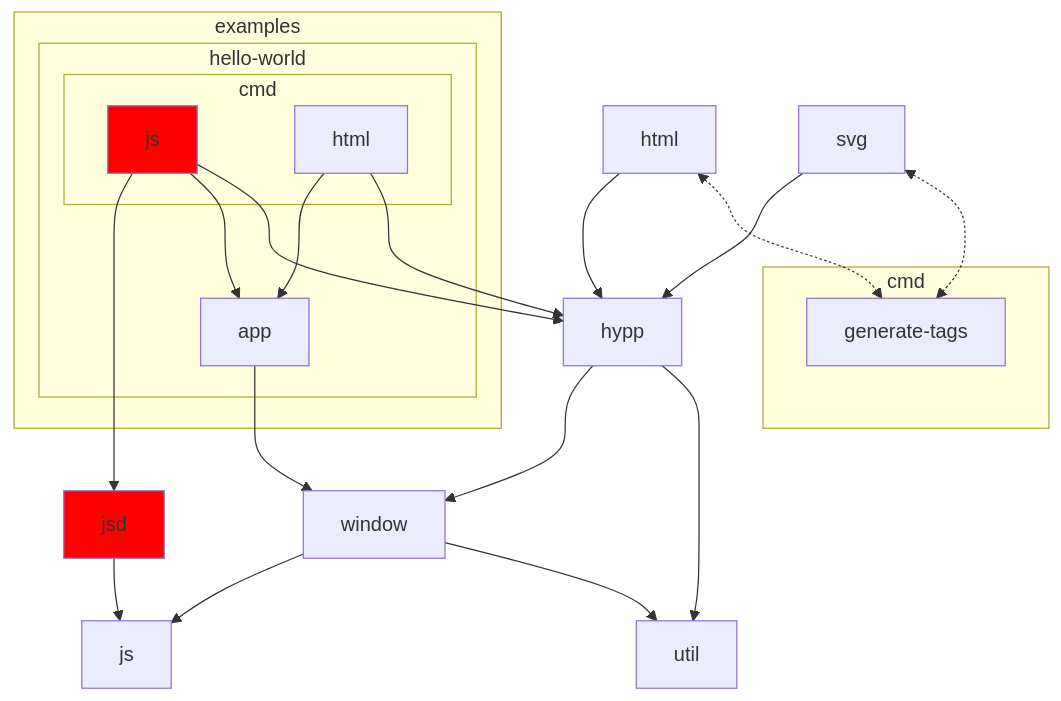
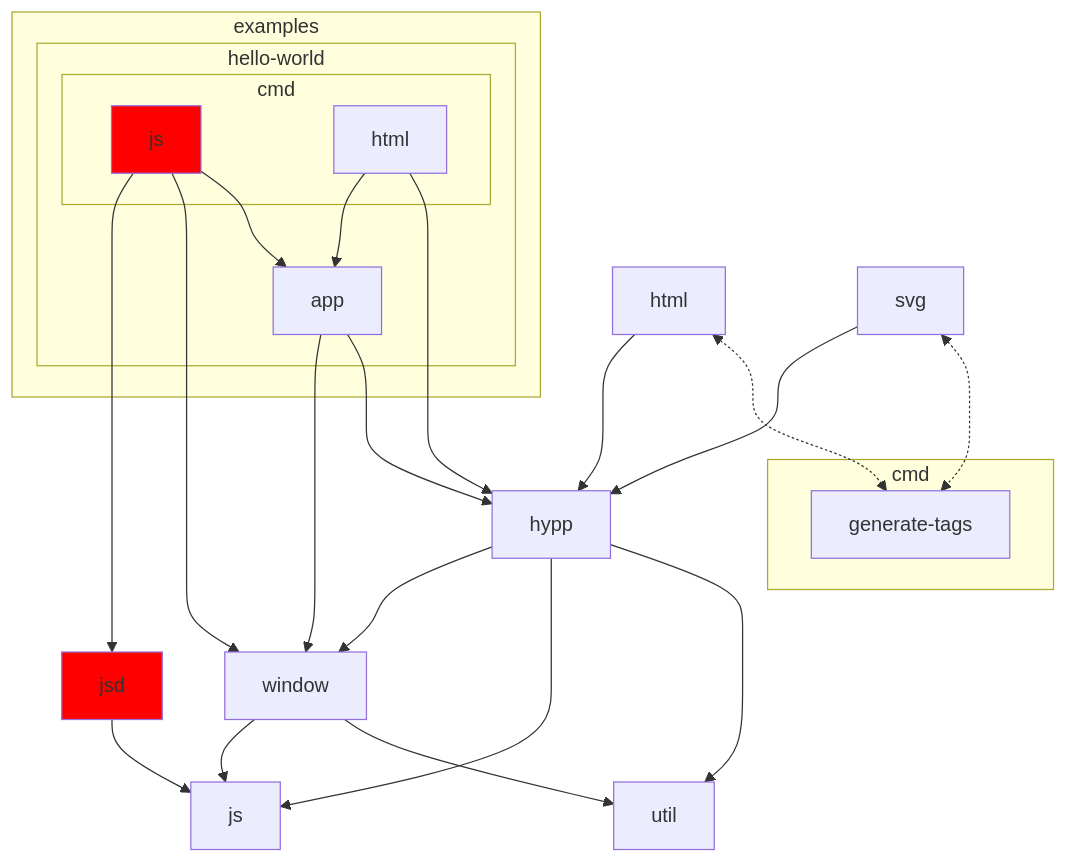
Before and after one commit to macabot/hypp: the second of 2 diagrams in README.md, drawn with Mermaid.

Commit message:
Update package dependency graph

````diff
--- a/README.md
+++ b/README.md
@@ -71,45 +71,47 @@
 ```mermaid
 flowchart TD
 
 hypp
 window
 util
 html
 svg
 js
 jsd
 
 subgraph cmd-dir["cmd"]
     cmd-generateTags["generate-tags"]
 end
 
 subgraph examples-dir["examples"]
     subgraph examples-hello-world-dir["hello-world"]
         examples-hello-world-app["app"]
         subgraph examples-hello-world-cmd-dir["cmd"]
             examples-hello-world-cmd-js["js"]
             examples-hello-world-cmd-html["html"]
         end
     end
 end
 
+examples-hello-world-app --> hypp
 examples-hello-world-app --> window
-examples-hello-world-cmd-js --> hypp
 examples-hello-world-cmd-js --> examples-hello-world-app
+examples-hello-world-cmd-js --> window
 examples-hello-world-cmd-js --> jsd
 examples-hello-world-cmd-html --> hypp
 examples-hello-world-cmd-html --> examples-hello-world-app
 
 html <-.-> cmd-generateTags
 svg <-.-> cmd-generateTags
 html --> hypp
 svg --> hypp
 jsd --> js
 hypp --> util
+hypp --> js
 hypp --> window
 window --> util
 window --> js
 
 classDef syscallJS fill:#f00;
 class jsd,examples-hello-world-cmd-js syscallJS;
 ```
````
